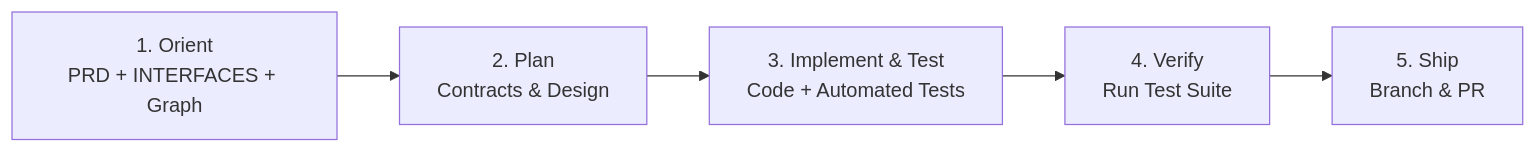
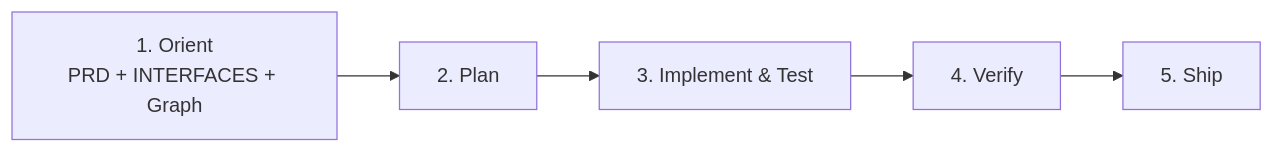
One commit to kodexArg/harness-team-party changed the diagram in docs/DEVELOPMENT-LOOP.md. Above: the diagram before and after it, drawn with Mermaid. The commit also changed other lines of this file and 75 other files, not shown here.

````diff
--- a/docs/DEVELOPMENT-LOOP.md
+++ b/docs/DEVELOPMENT-LOOP.md
@@ -7,7 +3,7 @@
 ```mermaid
 flowchart LR
-    ORIENT["1. Orient<br/>PRD + INTERFACES + Graph"] --> PLAN["2. Plan<br/>Contracts & Design"]
-    PLAN --> BUILD["3. Implement & Test<br/>Code + Automated Tests"]
-    BUILD --> VERIFY["4. Verify<br/>Run Test Suite"]
-    VERIFY --> SHIP["5. Ship<br/>Branch & PR"]
+    ORIENT["1. Orient<br/>PRD + INTERFACES + Graph"] --> PLAN["2. Plan"]
+    PLAN --> BUILD["3. Implement & Test"]
+    BUILD --> VERIFY["4. Verify"]
+    VERIFY --> SHIP["5. Ship"]
 ```
````
